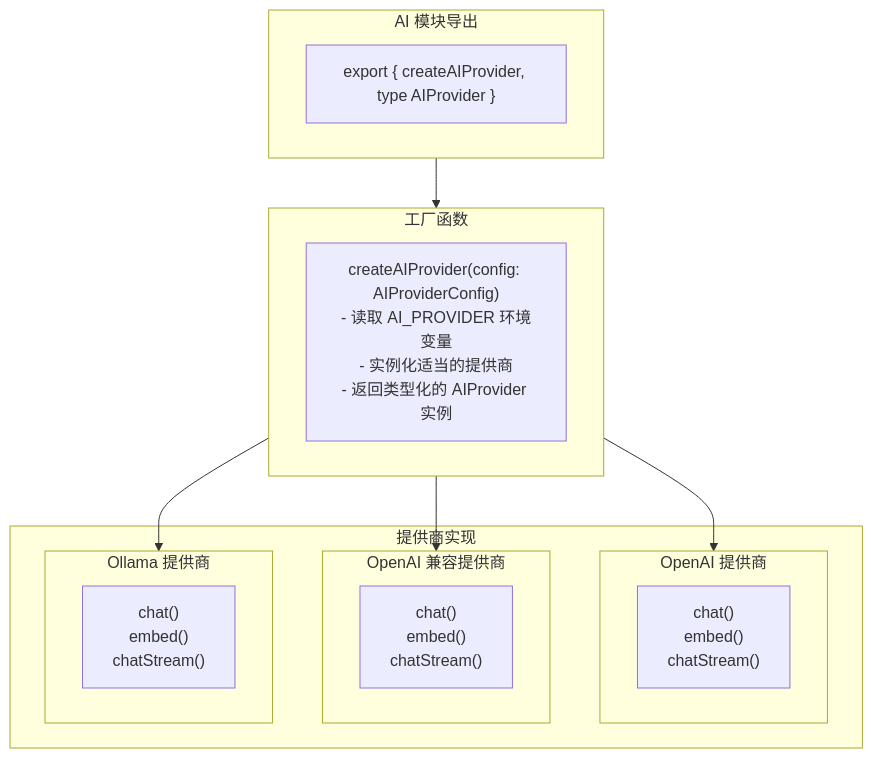
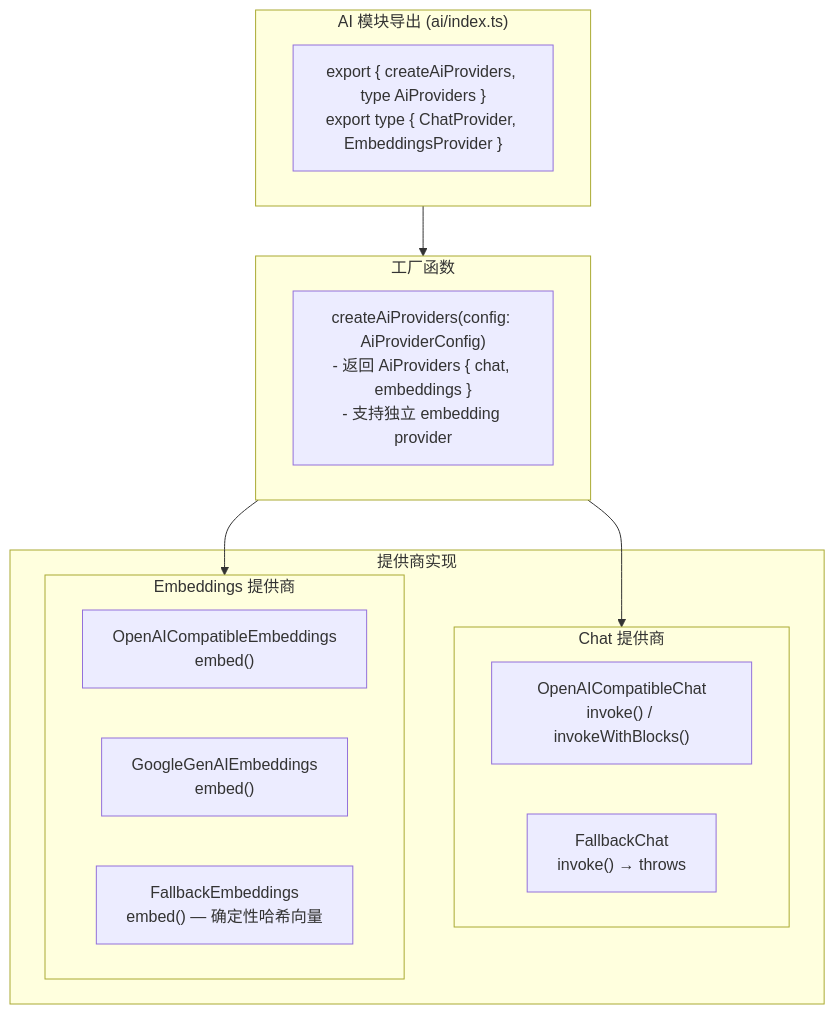
The diagram in docs/architecture/components/AI_PROVIDER.md (pofossette/TrapMap-for-vibing), drawn with Mermaid before and after one commit. The commit also changed other lines of this file and 24 other files, not shown here.

````diff
--- a/docs/architecture/components/AI_PROVIDER.md
+++ b/docs/architecture/components/AI_PROVIDER.md
@@ -19,28 +21,26 @@
 ```mermaid
 flowchart TB
-    subgraph 导出模块["AI 模块导出"]
-        A["export { createAIProvider, type AIProvider }"]
+    subgraph 导出模块["AI 模块导出 (ai/index.ts)"]
+        A["export { createAiProviders, type AiProviders }\nexport type { ChatProvider, EmbeddingsProvider }"]
     end
 
     subgraph 工厂函数["工厂函数"]
-        B["createAIProvider(config: AIProviderConfig)\n- 读取 AI_PROVIDER 环境变量\n- 实例化适当的提供商\n- 返回类型化的 AIProvider 实例"]
+        B["createAiProviders(config: AiProviderConfig)\n- 返回 AiProviders { chat, embeddings }\n- 支持独立 embedding provider"]
     end
 
     subgraph 提供商实现["提供商实现"]
-        subgraph OpenAI提供商["OpenAI 提供商"]
-            C1["chat()\nembed()\nchatStream()"]
+        subgraph Chat提供商["Chat 提供商"]
+            C1["OpenAICompatibleChat\ninvoke() / invokeWithBlocks()"]
+            C2["FallbackChat\ninvoke() → throws"]
         end
 
-        subgraph 兼容提供商["OpenAI 兼容提供商"]
-            C2["chat()\nembed()\nchatStream()"]
-        end
-
-        subgraph Ollama提供商["Ollama 提供商"]
-            C3["chat()\nembed()\nchatStream()"]
+        subgraph Embeddings提供商["Embeddings 提供商"]
+            E1["OpenAICompatibleEmbeddings\nembed()"]
+            E2["GoogleGenAIEmbeddings\nembed()"]
+            E3["FallbackEmbeddings\nembed() — 确定性哈希向量"]
         end
     end
 
-    导出模块 --> 工厂函数 --> OpenAI提供商
-    工厂函数 --> 兼容提供商
-    工厂函数 --> Ollama提供商
+    导出模块 --> 工厂函数 --> Chat提供商
+    工厂函数 --> Embeddings提供商
 ```
````
